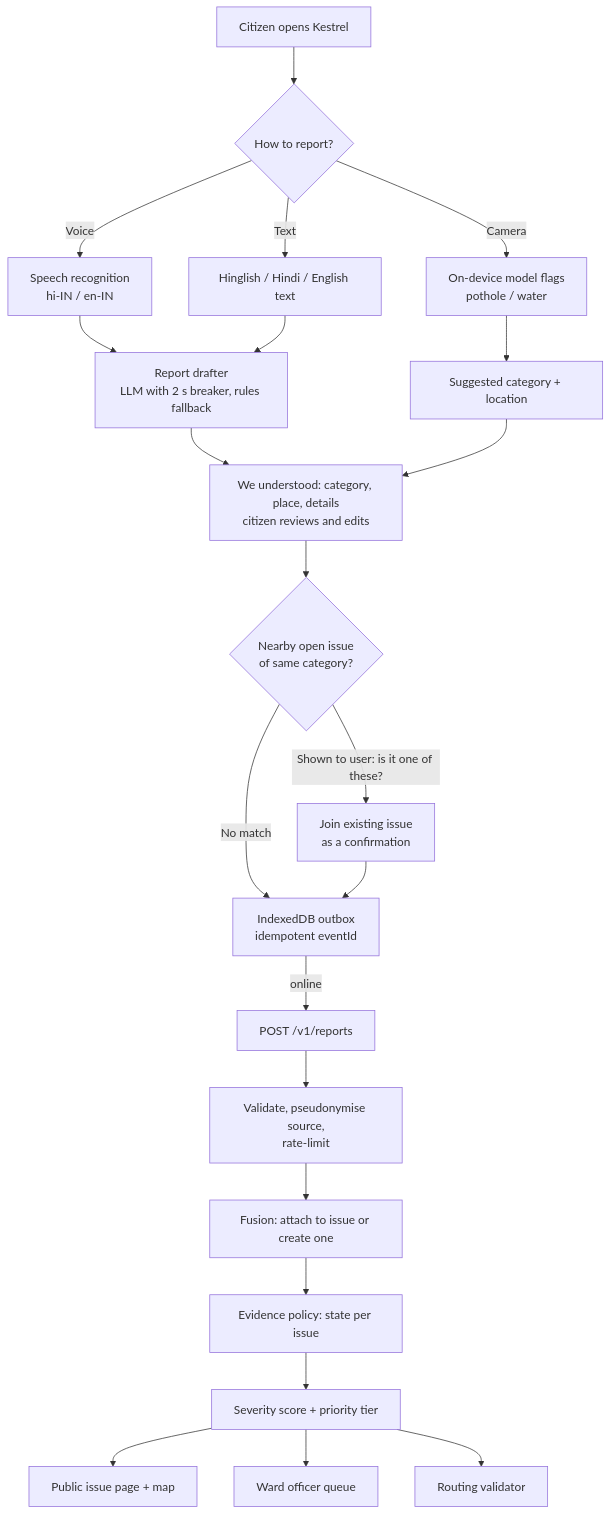
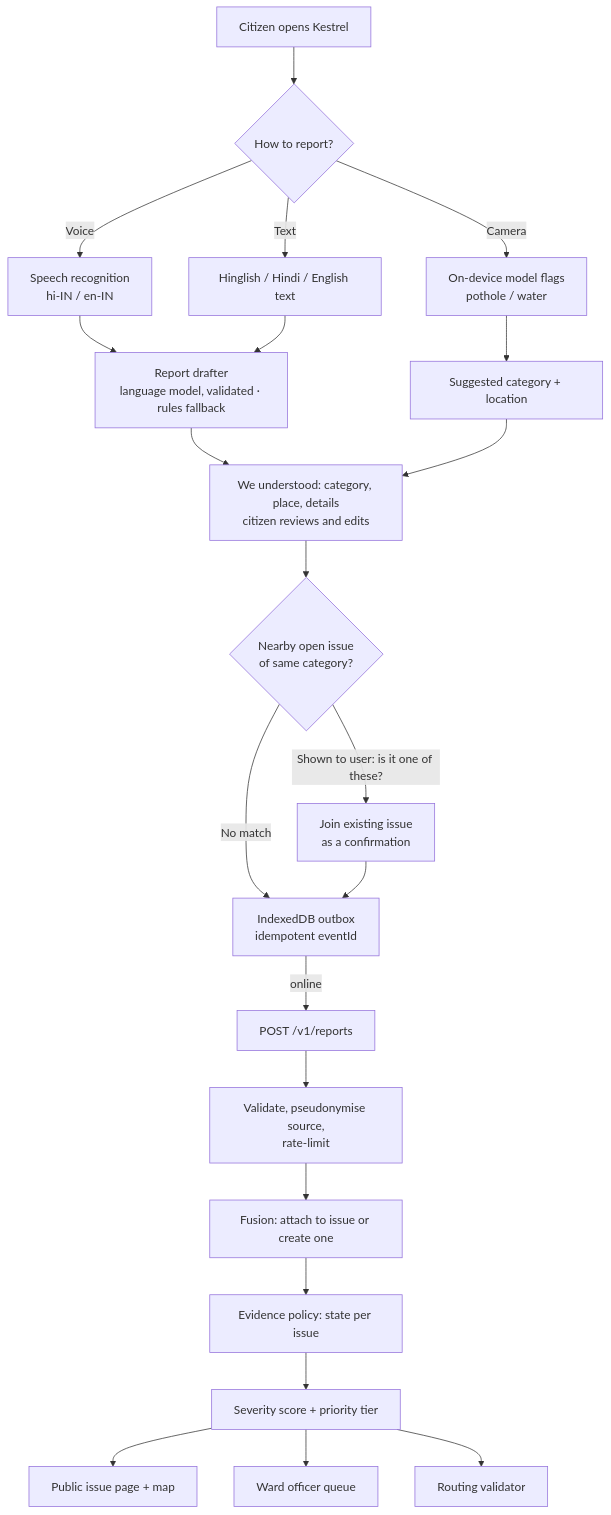
The second of 15 diagrams in README.md (4-thkind/Kestrel), drawn with Mermaid before and after one commit. The commit also changed other lines of this file, not shown here.

````diff
--- a/README.md
+++ b/README.md
@@ -113,24 +121,24 @@
 ```mermaid
 flowchart TD
   A["Citizen opens Kestrel"] --> B{"How to report?"}
   B -->|Voice| C["Speech recognition<br/>hi-IN / en-IN"]
   B -->|Text| D["Hinglish / Hindi / English text"]
   B -->|Camera| E["On-device model flags<br/>pothole / water"]
-  C --> X["Report drafter<br/>LLM with 2 s breaker, rules fallback"]
+  C --> X["Report drafter<br/>language model, validated · rules fallback"]
   D --> X
   E --> Y["Suggested category + location"]
   X --> Z["We understood: category, place, details<br/>citizen reviews and edits"]
   Y --> Z
   Z --> N{"Nearby open issue<br/>of same category?"}
   N -->|"Shown to user: is it one of these?"| M["Join existing issue<br/>as a confirmation"]
   N -->|No match| Q["IndexedDB outbox<br/>idempotent eventId"]
   M --> Q
   Q -->|online| API["POST /v1/reports"]
   API --> V["Validate, pseudonymise source,<br/>rate-limit"]
   V --> FU["Fusion: attach to issue or create one"]
   FU --> EV["Evidence policy: state per issue"]
   EV --> SV["Severity score + priority tier"]
   SV --> PUB["Public issue page + map"]
   SV --> OFF["Ward officer queue"]
   SV --> RT["Routing validator"]
 ```
````
